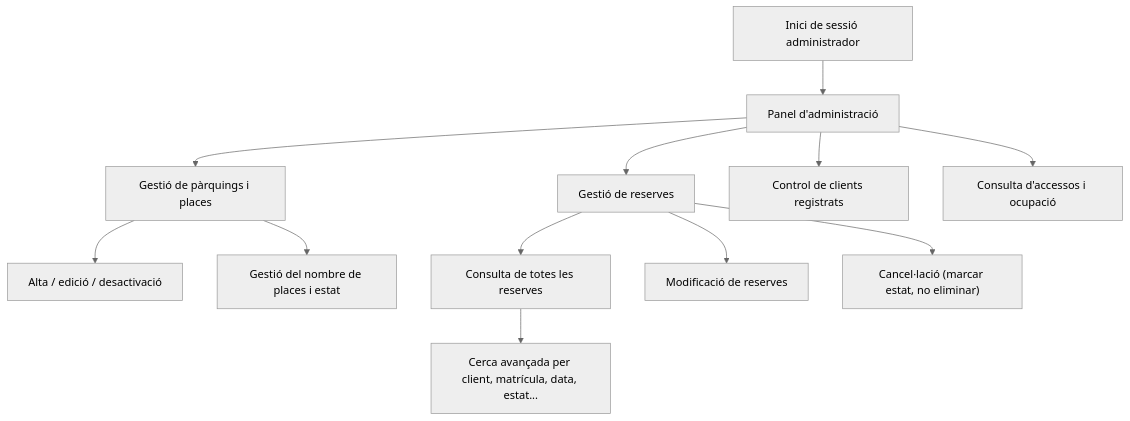
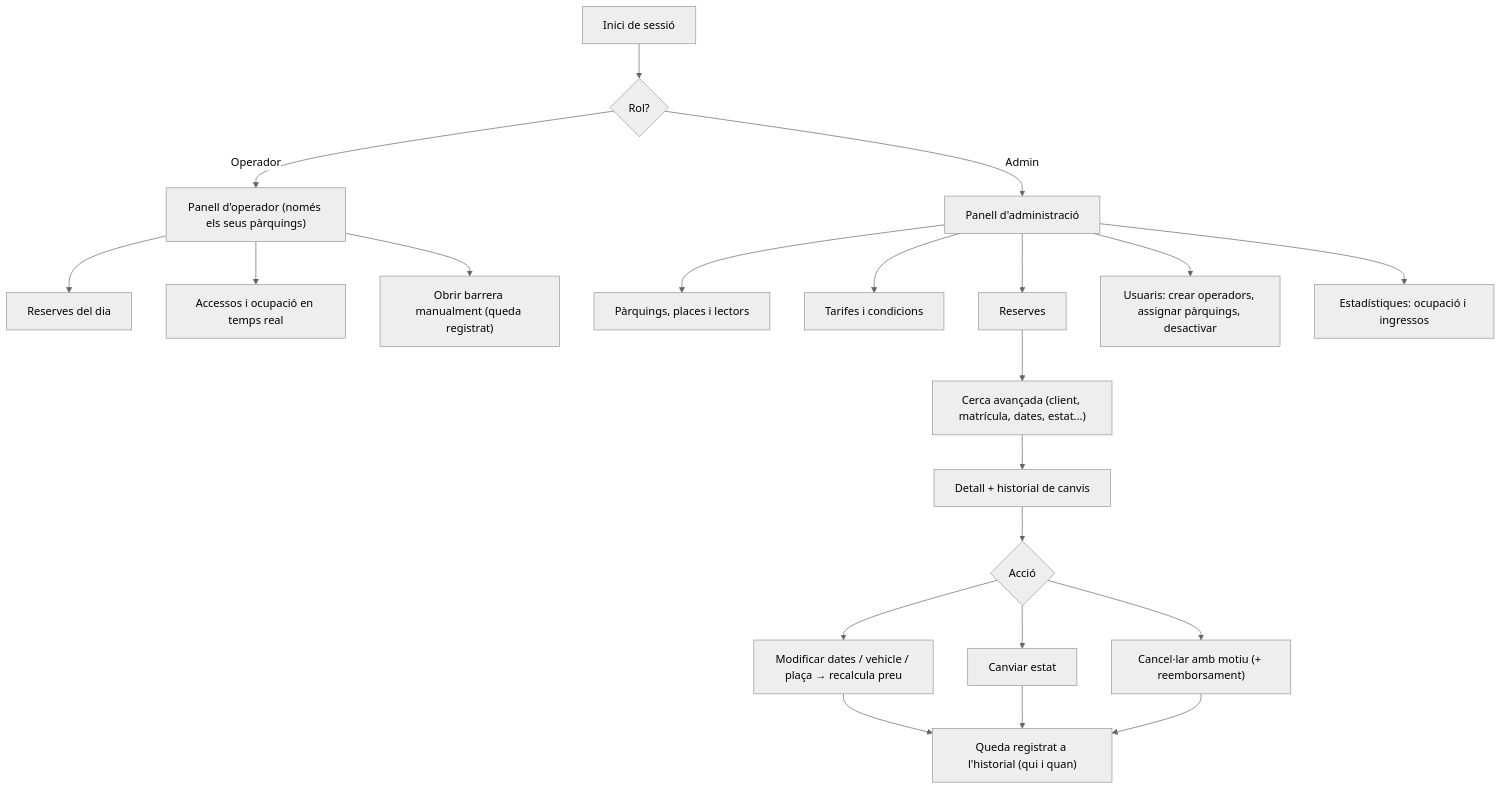
One commit to carlosxavierx/parkingcsj changed the fourth of 7 diagrams in proyecto_parking/sprint1/01-esquema-funcional.md. Above: the diagram before and after it, drawn with Mermaid (neutral theme). The commit also changed other lines of this file and 8 other files, not shown here.

````diff
--- a/proyecto_parking/sprint1/01-esquema-funcional.md
+++ b/proyecto_parking/sprint1/01-esquema-funcional.md
@@ -214,14 +232,21 @@
 ```mermaid
 flowchart TD
-    A["Inici de sessió administrador"] --> B["Panel d'administració"]
-    B --> C["Gestió de pàrquings i places"]
-    C --> C1["Alta / edició / desactivació"]
-    C --> C2["Gestió del nombre de places i estat"]
-    B --> D["Gestió de reserves"]
-    D --> D1["Consulta de totes les reserves"]
-    D --> D2["Modificació de reserves"]
-    D --> D3["Cancel·lació (marcar estat, no eliminar)"]
-    D1 --> E["Cerca avançada per client, matrícula, data, estat..."]
-    B --> F["Control de clients registrats"]
-    B --> G["Consulta d'accessos i ocupació"]
+    A["Inici de sessió"] --> R{"Rol?"}
+    R -- Operador --> O1["Panell d'operador (només els seus pàrquings)"]
+    O1 --> O2["Reserves del dia"]
+    O1 --> O3["Accessos i ocupació en temps real"]
+    O1 --> O4["Obrir barrera manualment (queda registrat)"]
+    R -- Admin --> B["Panell d'administració"]
+    B --> C["Pàrquings, places i lectors"]
+    B --> T["Tarifes i condicions"]
+    B --> D["Reserves"]
+    D --> D1["Cerca avançada (client, matrícula, dates, estat...)"]
+    D1 --> D2["Detall + historial de canvis"]
+    D2 --> D3{"Acció"}
+    D3 --> D4["Modificar dates / vehicle / plaça → recalcula preu"]
+    D3 --> D5["Canviar estat"]
+    D3 --> D6["Cancel·lar amb motiu (+ reemborsament)"]
+    D4 & D5 & D6 --> H["Queda registrat a l'historial (qui i quan)"]
+    B --> U["Usuaris: crear operadors, assignar pàrquings, desactivar"]
+    B --> E["Estadístiques: ocupació i ingressos"]
 ```
````
